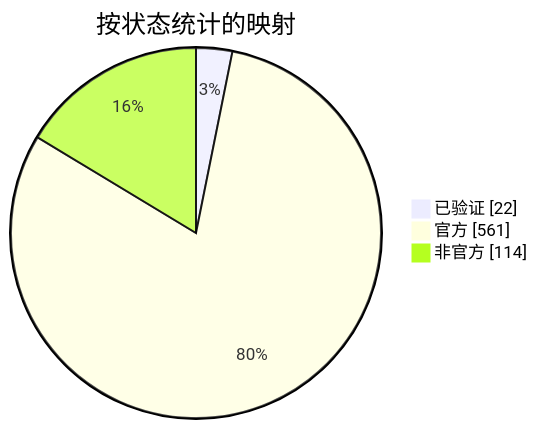
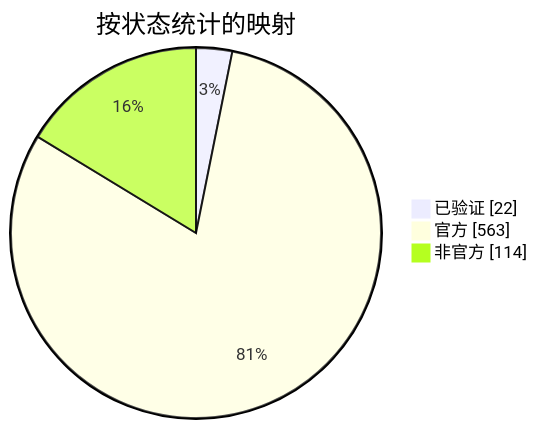
One commit to nobrega8/mbmap-library changed the diagram in docs/readme/README_ZHS.md. Above: the diagram before and after it, drawn with Mermaid. The commit also changed 7 other files, not shown here.

````diff
--- a/docs/readme/README_ZHS.md
+++ b/docs/readme/README_ZHS.md
@@ -54,7 +54,7 @@
 ```mermaid
 pie showData
     title 按状态统计的映射
     "已验证" : 22
-    "官方" : 561
+    "官方" : 563
     "非官方" : 114
 ```
````
